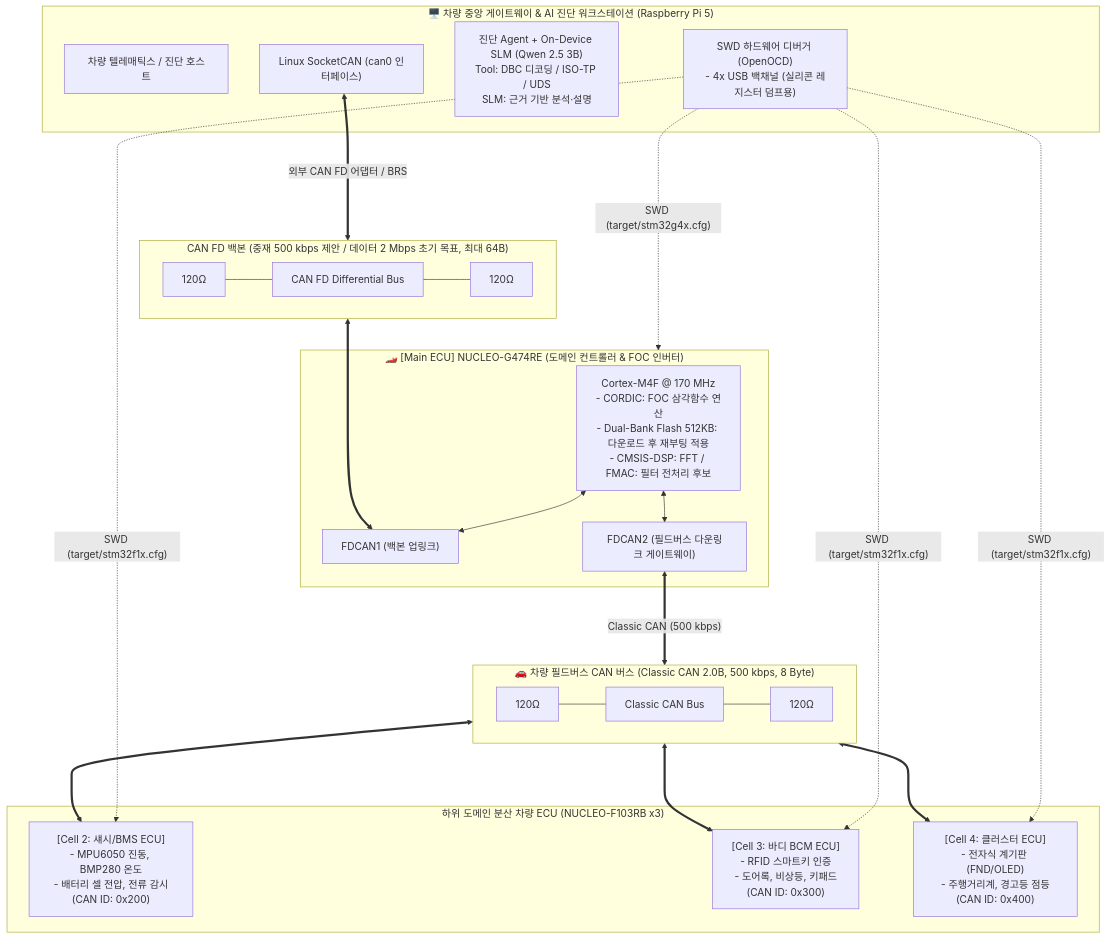
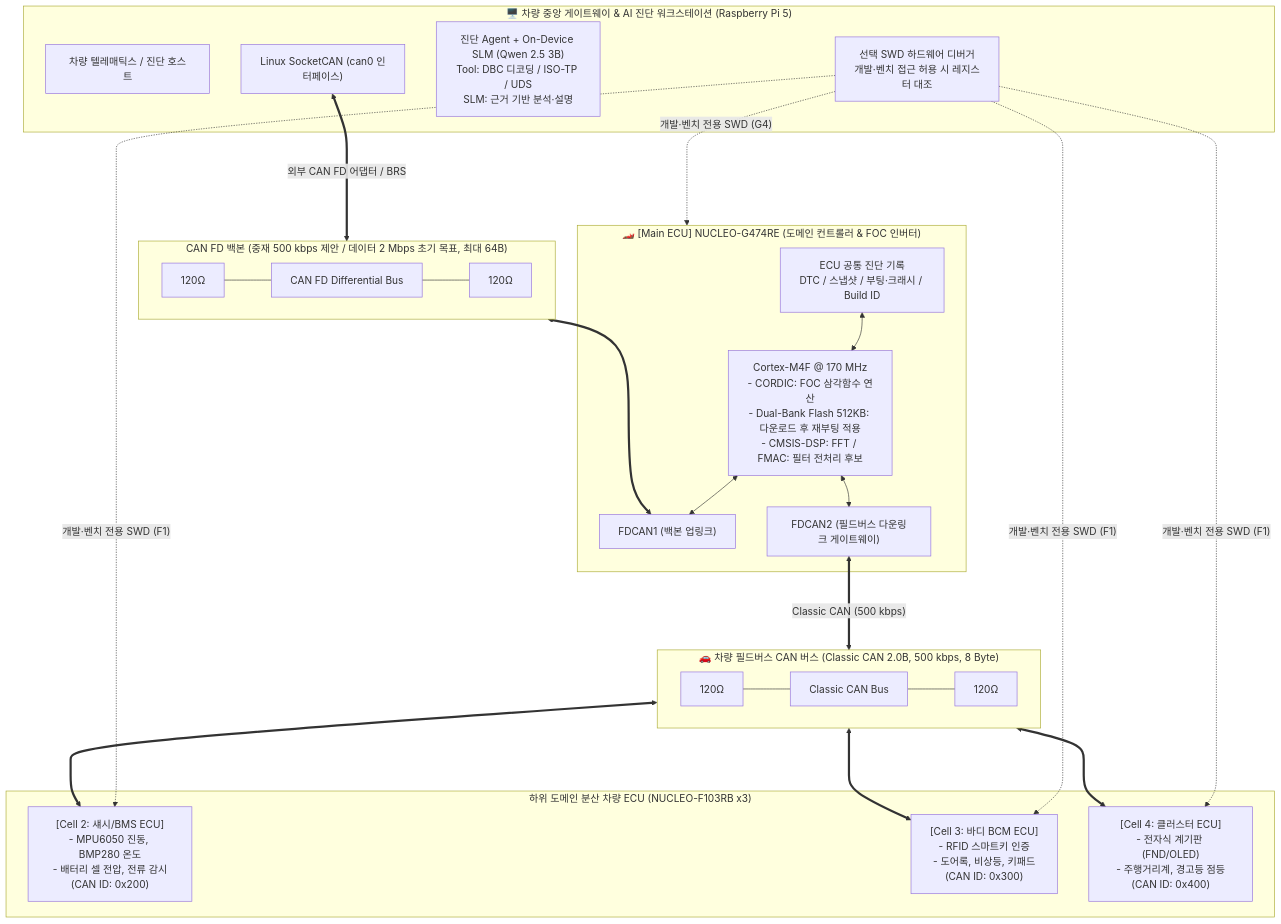
The first of 2 diagrams in docs/차량용_CAN_통신_도입_및_아키텍처_설계.md (ssafy16-embbedded21-team1-2/ssafy_embedded_pjt_setup), drawn with Mermaid before and after one commit. The commit also changed other lines of this file and 7 other files, not shown here.

````diff
--- a/docs/차량용_CAN_통신_도입_및_아키텍처_설계.md
+++ b/docs/차량용_CAN_통신_도입_및_아키텍처_설계.md
@@ -15,46 +19,48 @@
 ```mermaid
 flowchart TB
     subgraph Gateway["🖥️ 차량 중앙 게이트웨이 & AI 진단 워크스테이션 (Raspberry Pi 5)"]
         TCU["차량 텔레매틱스 / 진단 호스트"]
         SOCKETCAN["Linux SocketCAN (can0 인터페이스)"]
         AI_AGENT["진단 Agent + On-Device SLM (Qwen 2.5 3B)<br/>Tool: DBC 디코딩 / ISO-TP / UDS<br/>SLM: 근거 기반 분석·설명"]
-        SWD_DEBUG["SWD 하드웨어 디버거 (OpenOCD)<br/>- 4x USB 백채널 (실리콘 레지스터 덤프용)"]
+        SWD_DEBUG["선택 SWD 하드웨어 디버거<br/>개발·벤치 접근 허용 시 레지스터 대조"]
     end
 
     subgraph CAN_FD_BACKBONE["CAN FD 백본 (중재 500 kbps 제안 / 데이터 2 Mbps 초기 목표, 최대 64B)"]
         direction LR
         TERM_FD1["120Ω"] --- FD_LINE["CAN FD Differential Bus"] --- TERM_FD2["120Ω"]
     end
 
     subgraph MAIN_DCU["🏎️ [Main ECU] NUCLEO-G474RE (도메인 컨트롤러 & FOC 인버터)"]
         G4_CORE["Cortex-M4F @ 170 MHz<br/>- CORDIC: FOC 삼각함수 연산<br/>- Dual-Bank Flash 512KB: 다운로드 후 재부팅 적용<br/>- CMSIS-DSP: FFT / FMAC: 필터 전처리 후보"]
         FDCAN_CH1["FDCAN1 (백본 업링크)"]
         FDCAN_CH2["FDCAN2 (필드버스 다운링크 게이트웨이)"]
+        DIAG_RECORD["ECU 공통 진단 기록<br/>DTC / 스냅샷 / 부팅·크래시 / Build ID"]
+        DIAG_RECORD <--> G4_CORE
     end
 
     subgraph CAN_SUB_BUS["🚗 차량 필드버스 CAN 버스 (Classic CAN 2.0B, 500 kbps, 8 Byte)"]
         direction LR
         TERM_C1["120Ω"] --- CAN_LINE["Classic CAN Bus"] --- TERM_C2["120Ω"]
     end
 
     subgraph SUB_ECUS["하위 도메인 분산 차량 ECU (NUCLEO-F103RB x3)"]
         ECU2["[Cell 2: 섀시/BMS ECU]<br/>- MPU6050 진동, BMP280 온도<br/>- 배터리 셀 전압, 전류 감시<br/>(CAN ID: 0x200)"]
         ECU3["[Cell 3: 바디 BCM ECU]<br/>- RFID 스마트키 인증<br/>- 도어록, 비상등, 키패드<br/>(CAN ID: 0x300)"]
         ECU4["[Cell 4: 클러스터 ECU]<br/>- 전자식 계기판 (FND/OLED)<br/>- 주행거리계, 경고등 점등<br/>(CAN ID: 0x400)"]
     end
 
     SOCKETCAN <===>|"외부 CAN FD 어댑터 / BRS"| CAN_FD_BACKBONE
     CAN_FD_BACKBONE <===> FDCAN_CH1
     G4_CORE <--> FDCAN_CH1
     G4_CORE <--> FDCAN_CH2
     FDCAN_CH2 <===>|"Classic CAN (500 kbps)"| CAN_SUB_BUS
 
     CAN_SUB_BUS <===> ECU2
     CAN_SUB_BUS <===> ECU3
     CAN_SUB_BUS <===> ECU4
 
-    SWD_DEBUG -.->|"SWD (target/stm32g4x.cfg)"| MAIN_DCU
-    SWD_DEBUG -.->|"SWD (target/stm32f1x.cfg)"| ECU2
-    SWD_DEBUG -.->|"SWD (target/stm32f1x.cfg)"| ECU3
-    SWD_DEBUG -.->|"SWD (target/stm32f1x.cfg)"| ECU4
+    SWD_DEBUG -.->|"개발·벤치 전용 SWD (G4)"| MAIN_DCU
+    SWD_DEBUG -.->|"개발·벤치 전용 SWD (F1)"| ECU2
+    SWD_DEBUG -.->|"개발·벤치 전용 SWD (F1)"| ECU3
+    SWD_DEBUG -.->|"개발·벤치 전용 SWD (F1)"| ECU4
 ```
````
